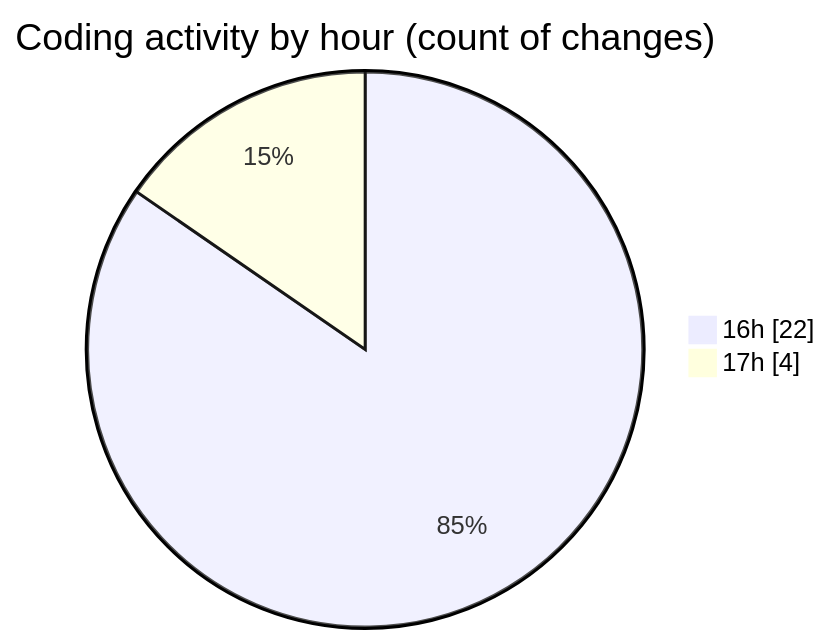
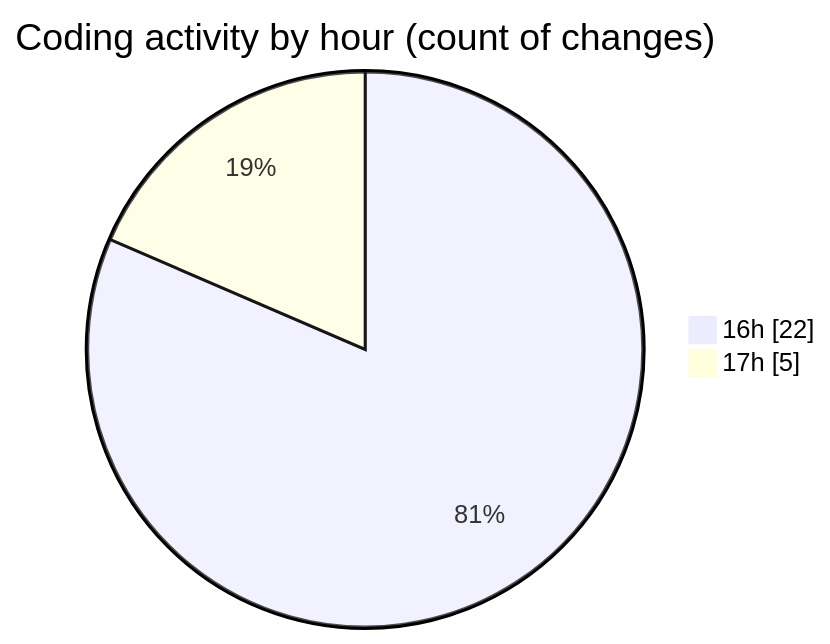
Before and after one commit to becaeroporto-bot/code-tracking: the second of 2 diagrams in 2026-02-17/bot_v1_2/README.md, drawn with Mermaid. The commit also changed other lines of this file and 1 other file, not shown here.

````diff
--- a/2026-02-17/bot_v1_2/README.md
+++ b/2026-02-17/bot_v1_2/README.md
@@ -36,6 +38,6 @@
 ```mermaid
 pie showData
 title Coding activity by hour (count of changes)
 "16h" : 22
-"17h" : 4
+"17h" : 5
 ```
````
